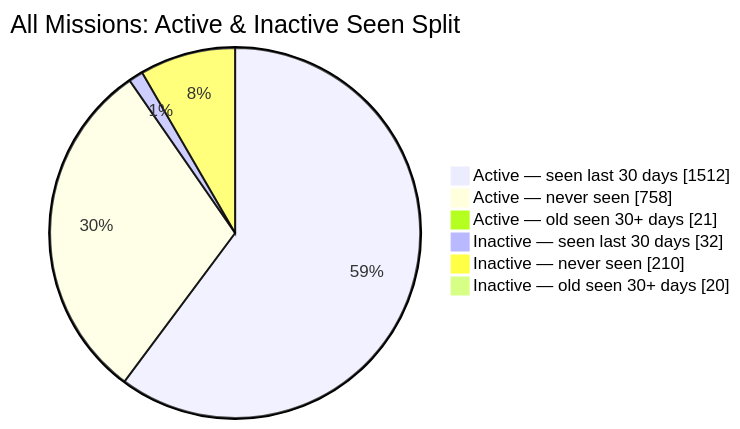
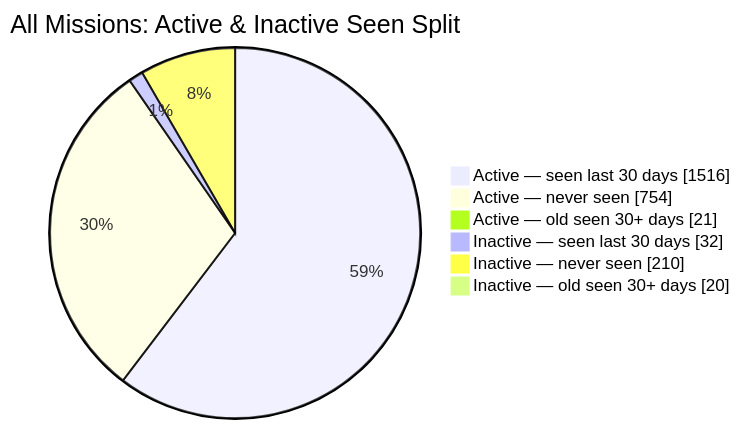
One commit to MeldkamerspelGameTeam/active-missions changed the second of 2 diagrams in README.md. Above: the diagram before and after it, drawn with Mermaid. The commit also changed other lines of this file and 2 other files, not shown here.

````diff
--- a/README.md
+++ b/README.md
@@ -44,10 +44,10 @@
 ```mermaid
 pie showData
     title All Missions: Active & Inactive Seen Split
-    "Active — seen last 30 days" : 1512
-    "Active — never seen" : 758
+    "Active — seen last 30 days" : 1516
+    "Active — never seen" : 754
     "Active — old seen 30+ days" : 21
     "Inactive — seen last 30 days" : 32
     "Inactive — never seen" : 210
     "Inactive — old seen 30+ days" : 20
 ```
````
